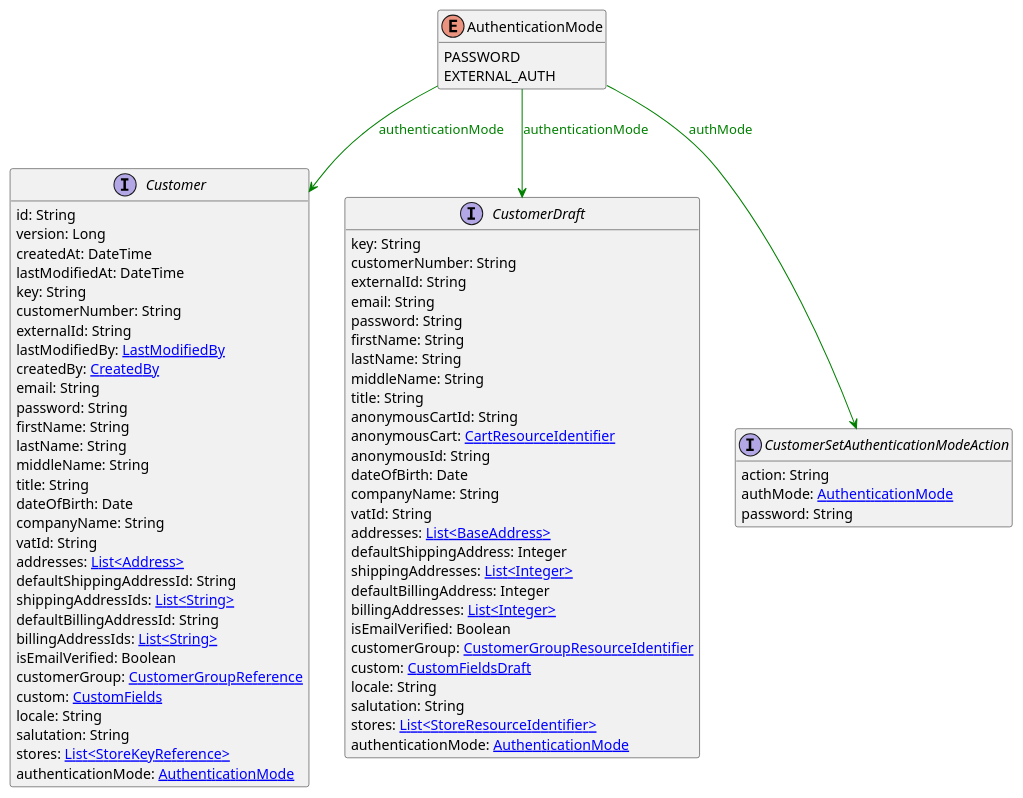
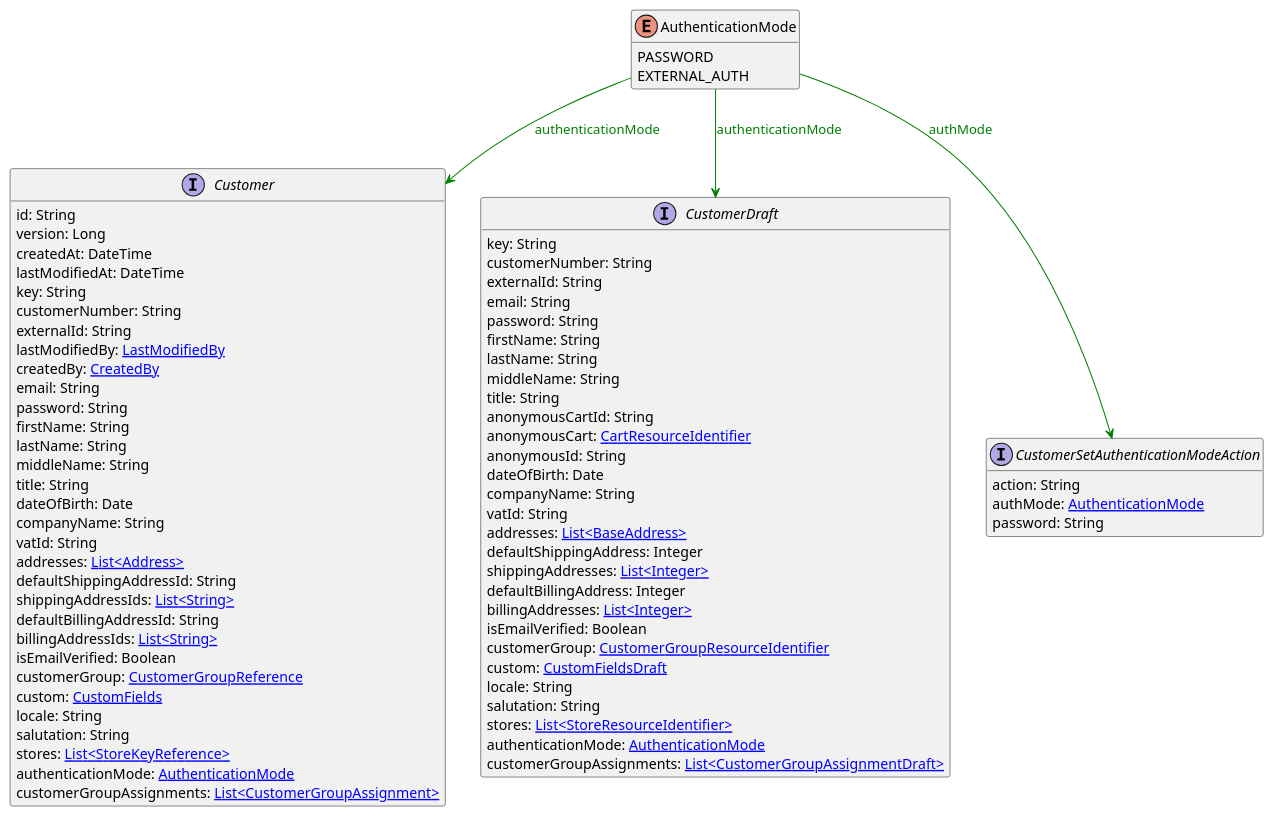
One commit to commercetools/commercetools-api-reference changed the diagram in uml/api/AuthenticationMode.puml. Above: the diagram before and after it, drawn with PlantUML. The commit also changed 186 other files, not shown here.

```diff
--- a/uml/api/AuthenticationMode.puml
+++ b/uml/api/AuthenticationMode.puml
@@ -1,77 +1,79 @@
 @startuml
 
 hide methods
 enum AuthenticationMode {
     PASSWORD
     EXTERNAL_AUTH
 }
 interface Customer [[Customer.svg]]  {
     id: String
     version: Long
     createdAt: DateTime
     lastModifiedAt: DateTime
     key: String
     customerNumber: String
     externalId: String
     lastModifiedBy: [[LastModifiedBy.svg LastModifiedBy]]
     createdBy: [[CreatedBy.svg CreatedBy]]
     email: String
     password: String
     firstName: String
     lastName: String
     middleName: String
     title: String
     dateOfBirth: Date
     companyName: String
     vatId: String
     addresses: [[Address.svg List<Address>]]
     defaultShippingAddressId: String
     shippingAddressIds: [[String.svg List<String>]]
     defaultBillingAddressId: String
     billingAddressIds: [[String.svg List<String>]]
     isEmailVerified: Boolean
     customerGroup: [[CustomerGroupReference.svg CustomerGroupReference]]
     custom: [[CustomFields.svg CustomFields]]
     locale: String
     salutation: String
     stores: [[StoreKeyReference.svg List<StoreKeyReference>]]
     authenticationMode: [[AuthenticationMode.svg AuthenticationMode]]
+    customerGroupAssignments: [[CustomerGroupAssignment.svg List<CustomerGroupAssignment>]]
 }
 interface CustomerDraft [[CustomerDraft.svg]]  {
     key: String
     customerNumber: String
     externalId: String
     email: String
     password: String
     firstName: String
     lastName: String
     middleName: String
     title: String
     anonymousCartId: String
     anonymousCart: [[CartResourceIdentifier.svg CartResourceIdentifier]]
     anonymousId: String
     dateOfBirth: Date
     companyName: String
     vatId: String
     addresses: [[BaseAddress.svg List<BaseAddress>]]
     defaultShippingAddress: Integer
     shippingAddresses: [[Integer.svg List<Integer>]]
     defaultBillingAddress: Integer
     billingAddresses: [[Integer.svg List<Integer>]]
     isEmailVerified: Boolean
     customerGroup: [[CustomerGroupResourceIdentifier.svg CustomerGroupResourceIdentifier]]
     custom: [[CustomFieldsDraft.svg CustomFieldsDraft]]
     locale: String
     salutation: String
     stores: [[StoreResourceIdentifier.svg List<StoreResourceIdentifier>]]
     authenticationMode: [[AuthenticationMode.svg AuthenticationMode]]
+    customerGroupAssignments: [[CustomerGroupAssignmentDraft.svg List<CustomerGroupAssignmentDraft>]]
 }
 interface CustomerSetAuthenticationModeAction [[CustomerSetAuthenticationModeAction.svg]]  {
     action: String
     authMode: [[AuthenticationMode.svg AuthenticationMode]]
     password: String
 }
 AuthenticationMode --> Customer #green;text:green : "authenticationMode"
 AuthenticationMode --> CustomerDraft #green;text:green : "authenticationMode"
 AuthenticationMode --> CustomerSetAuthenticationModeAction #green;text:green : "authMode"
 @enduml
```
